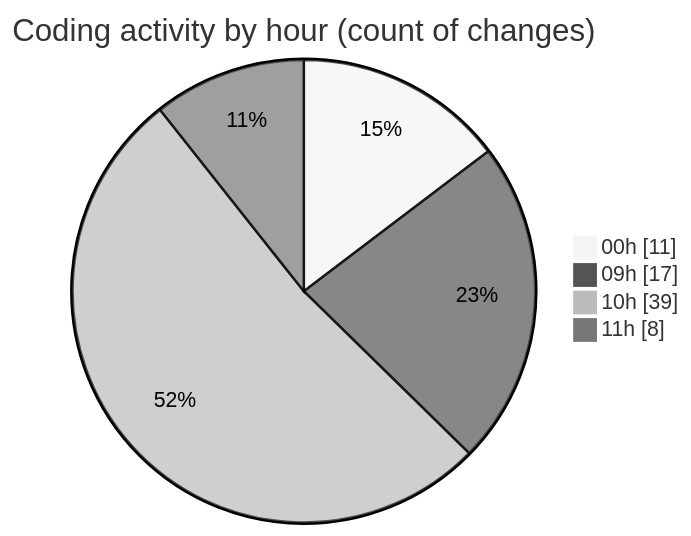
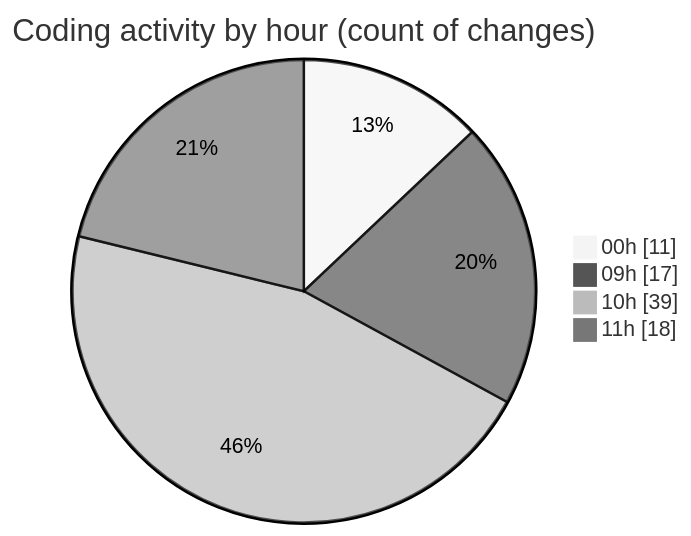
One commit to momahboobian/code-tracking changed the second of 2 diagrams in 2026-09-02/cda/README.md. Above: the diagram before and after it, drawn with Mermaid (neutral theme). The commit also changed other lines of this file and 1 other file, not shown here.

````diff
--- a/2026-09-02/cda/README.md
+++ b/2026-09-02/cda/README.md
@@ -35,8 +36,8 @@
 ```mermaid
 pie showData
 title Coding activity by hour (count of changes)
 "00h" : 11
 "09h" : 17
 "10h" : 39
-"11h" : 8
+"11h" : 18
 ```
````
